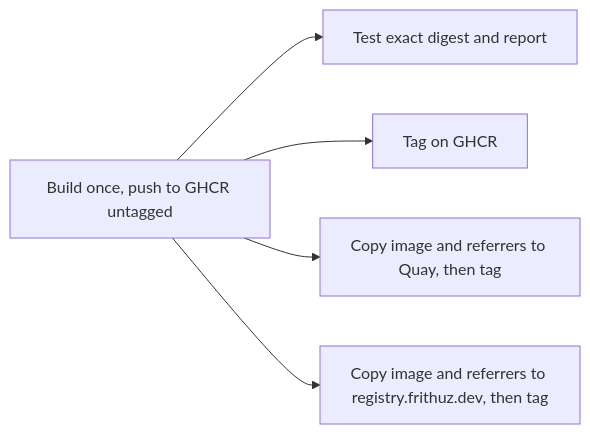
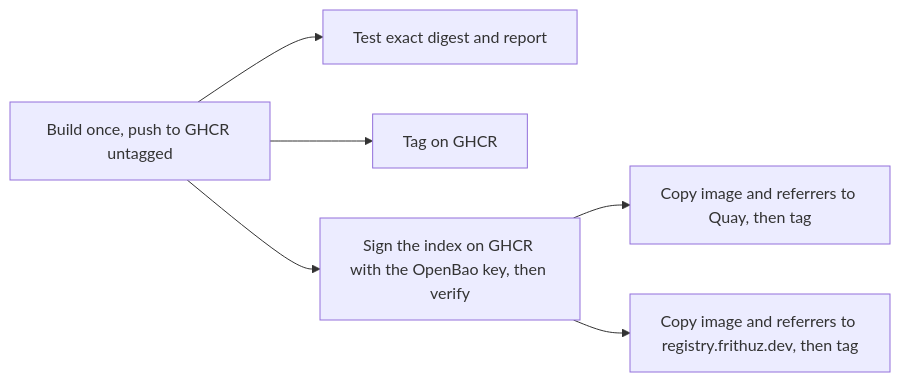
Before and after one commit to frithuz/devcontainer: the diagram in docs/maintenance.md, drawn with Mermaid. The commit also changed other lines of this file and 6 other files, not shown here.

First line of the commit message:
all: sign published images with the OpenBao-held cosign key

````diff
--- a/docs/maintenance.md
+++ b/docs/maintenance.md
@@ -86,7 +86,8 @@
 ```mermaid
 flowchart LR
   build[Build once, push to GHCR untagged] --> verify[Test exact digest and report]
   build --> taggh[Tag on GHCR]
-  build --> promote[Copy image and referrers to Quay, then tag]
-  build --> promotefrz[Copy image and referrers to registry.frithuz.dev, then tag]
+  build --> sign[Sign the index on GHCR with the OpenBao key, then verify]
+  sign --> promote[Copy image and referrers to Quay, then tag]
+  sign --> promotefrz[Copy image and referrers to registry.frithuz.dev, then tag]
 ```
````
